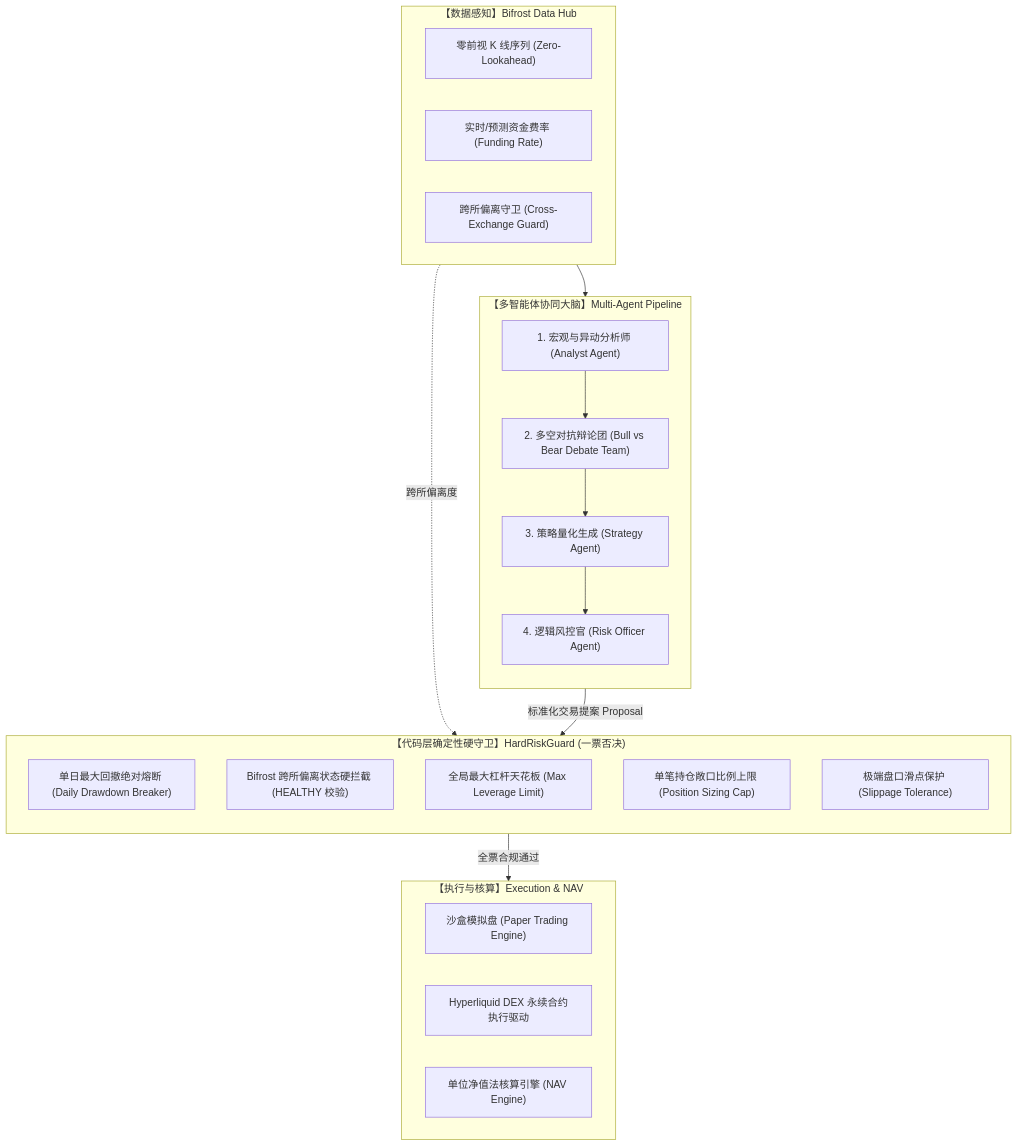
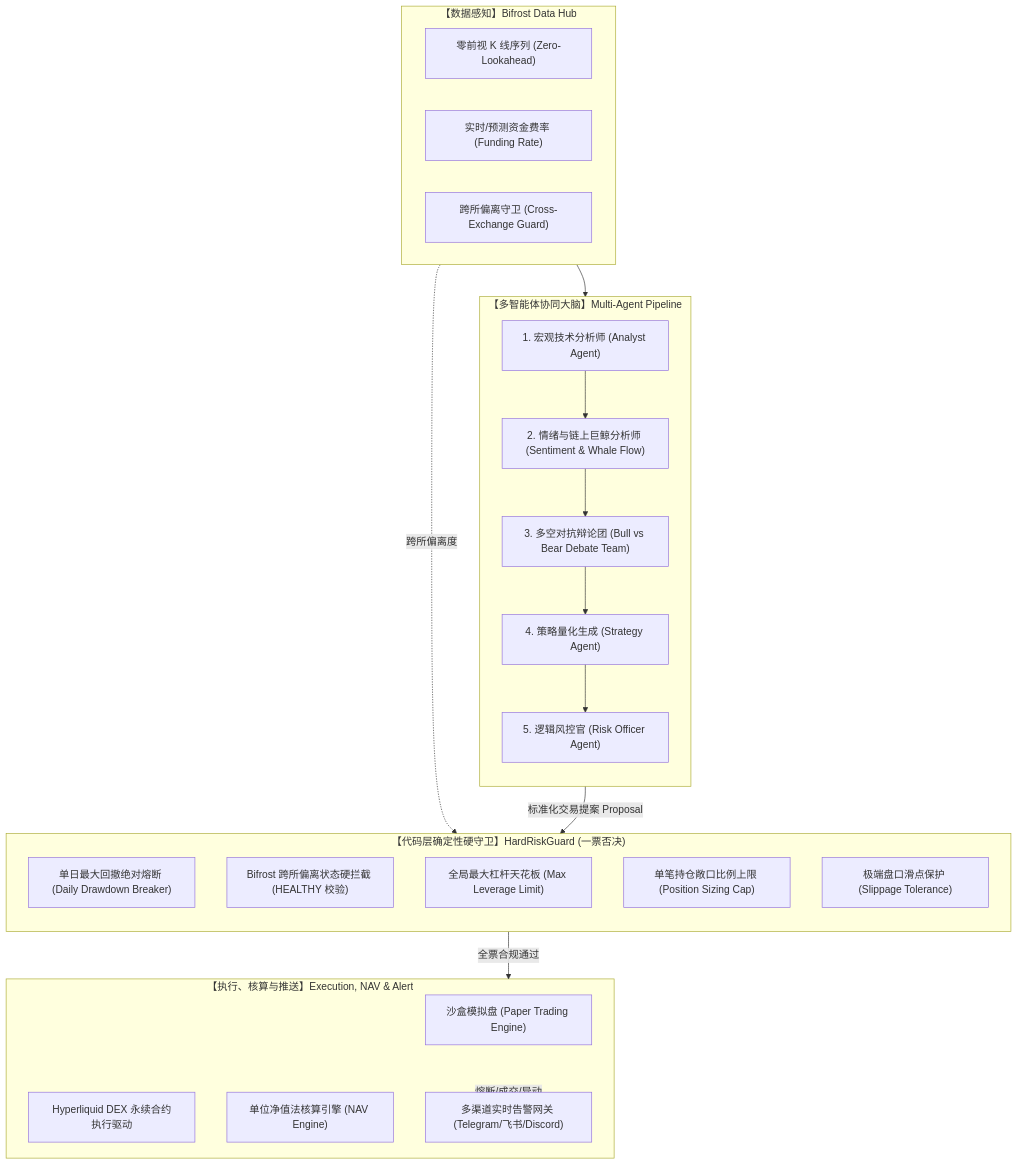
The diagram in README_ZH.md (open-agentpay/heimdall-trading), drawn with Mermaid before and after one commit. The commit also changed other lines of this file and 13 other files, not shown here.

Commit message:
feat(alert,sentiment): complete alert notification gateway and sentiment whale analyst with beginner-friendly comments

````diff
--- a/README_ZH.md
+++ b/README_ZH.md
@@ -53,37 +53,40 @@
 ```mermaid
 flowchart TD
     subgraph Data["【数据感知】Bifrost Data Hub"]
         B1["零前视 K 线序列 (Zero-Lookahead)"]
         B2["实时/预测资金费率 (Funding Rate)"]
         B3["跨所偏离守卫 (Cross-Exchange Guard)"]
     end
 
     subgraph Swarm["【多智能体协同大脑】Multi-Agent Pipeline"]
         direction TB
-        A1["1. 宏观与异动分析师 (Analyst Agent)"]
-        A2["2. 多空对抗辩论团 (Bull vs Bear Debate Team)"]
-        A3["3. 策略量化生成 (Strategy Agent)"]
-        A4["4. 逻辑风控官 (Risk Officer Agent)"]
-        A1 --> A2 --> A3 --> A4
+        A1["1. 宏观技术分析师 (Analyst Agent)"]
+        A5["2. 情绪与链上巨鲸分析师 (Sentiment & Whale Flow)"]
+        A2["3. 多空对抗辩论团 (Bull vs Bear Debate Team)"]
+        A3["4. 策略量化生成 (Strategy Agent)"]
+        A4["5. 逻辑风控官 (Risk Officer Agent)"]
+        A1 --> A5 --> A2 --> A3 --> A4
     end
 
     subgraph Guard["【代码层确定性硬守卫】HardRiskGuard (一票否决)"]
         direction TB
         G1["单日最大回撤绝对熔断 (Daily Drawdown Breaker)"]
         G2["Bifrost 跨所偏离状态硬拦截 (HEALTHY 校验)"]
         G3["全局最大杠杆天花板 (Max Leverage Limit)"]
         G4["单笔持仓敞口比例上限 (Position Sizing Cap)"]
         G5["极端盘口滑点保护 (Slippage Tolerance)"]
     end
 
-    subgraph Exec["【执行与核算】Execution & NAV"]
+    subgraph Exec["【执行、核算与推送】Execution, NAV & Alert"]
         E1["沙盒模拟盘 (Paper Trading Engine)"]
         E2["Hyperliquid DEX 永续合约执行驱动"]
         E3["单位净值法核算引擎 (NAV Engine)"]
+        E4["多渠道实时告警网关 (Telegram/飞书/Discord)"]
     end
 
     Data --> Swarm
     Data -.->|跨所偏离度| Guard
     Swarm -->|标准化交易提案 Proposal| Guard
     Guard -->|全票合规通过| Exec
+    Exec -->|熔断/成交/异动| E4
 ```
````
